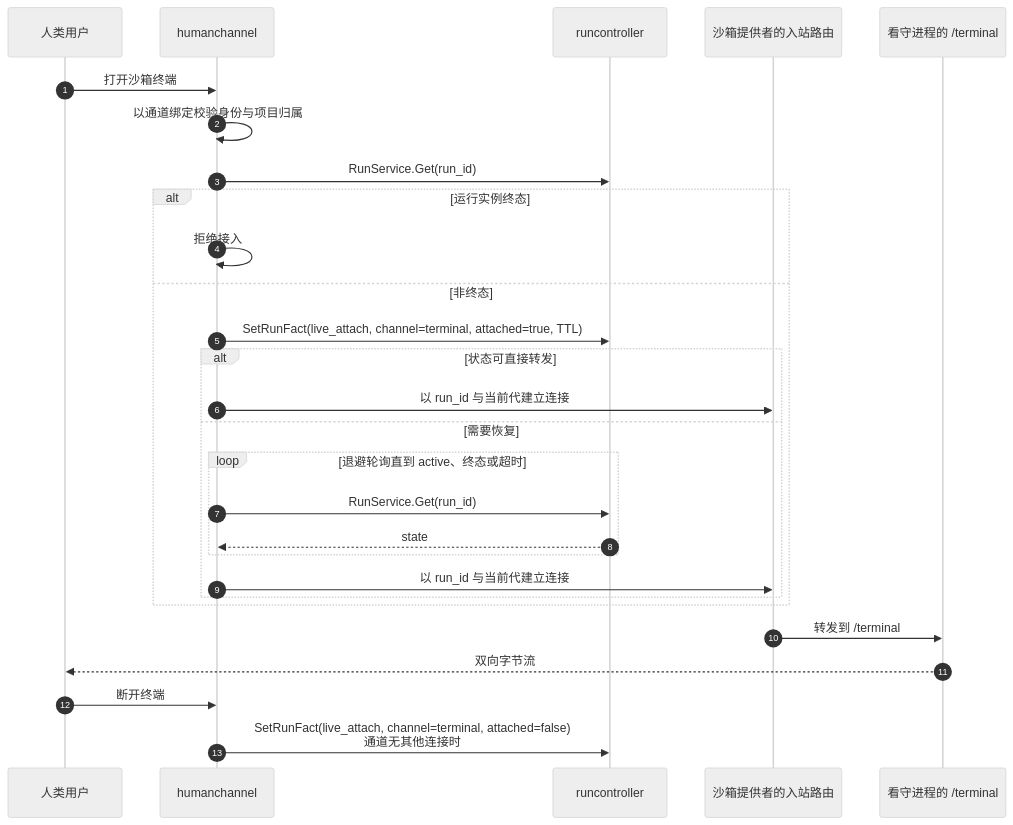
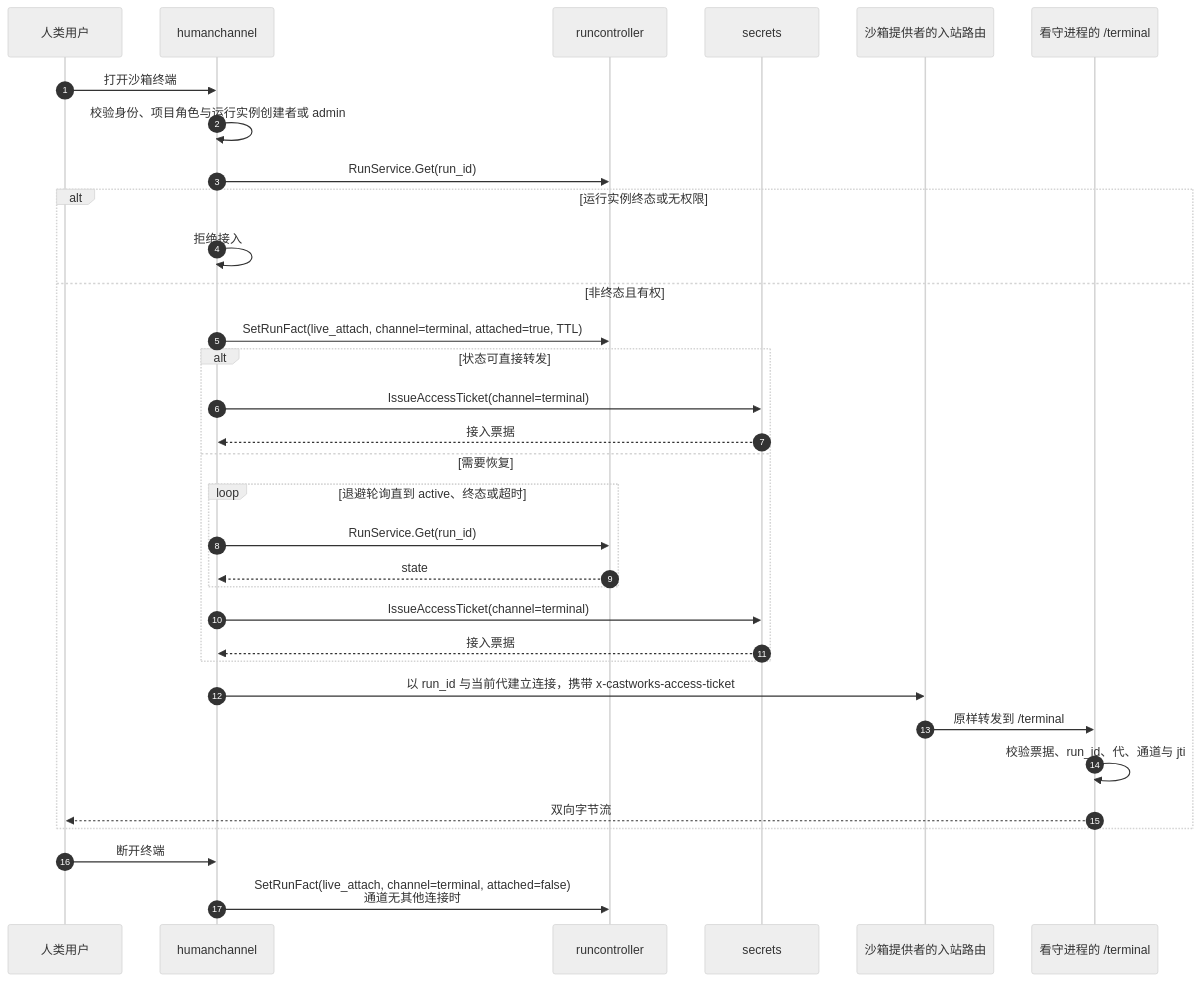
One commit to wangzw/castworks changed the fourth of 4 diagrams in docs/design/modules/design-humanchannel.md. Above: the diagram before and after it, drawn with Mermaid (neutral theme). The commit also changed other lines of this file and 29 other files, not shown here.

````diff
--- a/docs/design/modules/design-humanchannel.md
+++ b/docs/design/modules/design-humanchannel.md
@@ -242,30 +317,35 @@
 ```mermaid
 sequenceDiagram
     autonumber
     participant U as 人类用户
     participant H as humanchannel
     participant R as runcontroller
+    participant K as secrets
     participant G as 沙箱提供者的入站路由
     participant W as 看守进程的 /terminal
     U->>H: 打开沙箱终端
-    H->>H: 以通道绑定校验身份与项目归属
+    H->>H: 校验身份、项目角色与运行实例创建者或 admin
     H->>R: RunService.Get(run_id)
-    alt 运行实例终态
+    alt 运行实例终态或无权限
         H->>H: 拒绝接入
-    else 非终态
+    else 非终态且有权
         H->>R: SetRunFact(live_attach, channel=terminal, attached=true, TTL)
         alt 状态可直接转发
-            H->>G: 以 run_id 与当前代建立连接
+            H->>K: IssueAccessTicket(channel=terminal)
+            K-->>H: 接入票据
         else 需要恢复
             loop 退避轮询直到 active、终态或超时
                 H->>R: RunService.Get(run_id)
                 R-->>H: state
             end
-            H->>G: 以 run_id 与当前代建立连接
+            H->>K: IssueAccessTicket(channel=terminal)
+            K-->>H: 接入票据
         end
+        H->>G: 以 run_id 与当前代建立连接，携带 x-castworks-access-ticket
+        G->>W: 原样转发到 /terminal
+        W->>W: 校验票据、run_id、代、通道与 jti
+        W-->>U: 双向字节流
     end
-    G->>W: 转发到 /terminal
-    W-->>U: 双向字节流
     U->>H: 断开终端
     H->>R: SetRunFact(live_attach, channel=terminal, attached=false)<br/>通道无其他连接时
 ```
````
